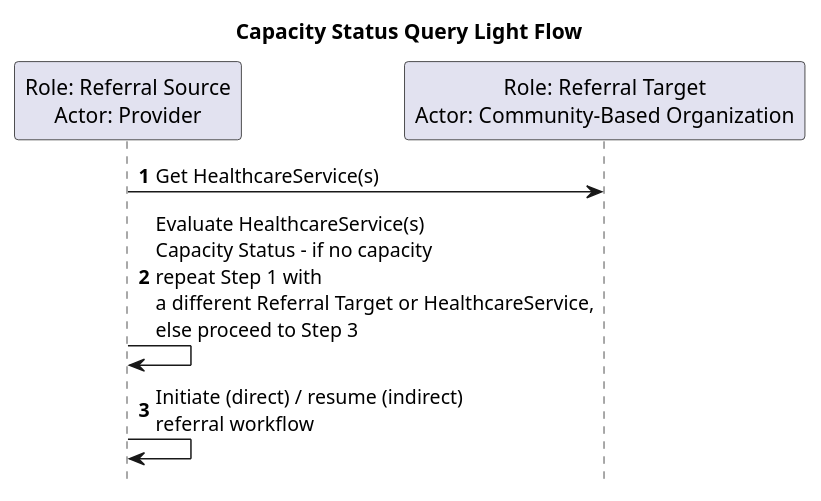
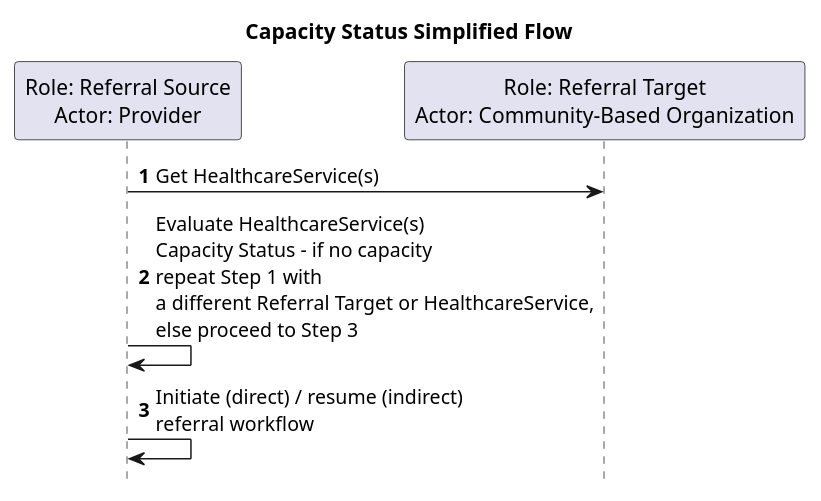
Before and after one commit to HL7/fhir-sdoh-clinicalcare: the diagram in input/images-source/CapacityStatusSimplified.plantuml, drawn with PlantUML. The commit also changed 1 other file, not shown here.

Commit message:
docs(FHIR-55259): explain capacity status in the workflow diagrams
A ballot commenter could not tell that the diagrams' "Get
HealthcareService(s)" step is the capacity status query, nor how the
indirect flow's Task/ServiceRequest/Subscription interactions end up
conveying capacity status. Each of the page's four diagrams now gets
placement prose: the simplified diagram is tied to the direct
one-to-one query (the numbered steps describe the indirect flow), the
detailed pre-referral prose walks the "Capacity Check (pre-referral)"
frame and how the outcome reaches the Referral Source via Task status,
the post-referral prose notes capacity is conveyed entirely through
the Task, and the Query Light prose explains the out-of-band "Send
email" request. A short addendum covers the waitlist and
additional-assessment-required outcomes step 4 does not narrate.

Replaces the stale "orange highlighted section" sentence (the rebuilt
diagram has no orange highlighting) and fixes the simplified diagram's
title, which was a copy of the Query Light diagram's.

QA unchanged vs master baseline (1/10/90/0; the error is known tx
cache noise).

```diff
--- a/input/images-source/CapacityStatusSimplified.plantuml
+++ b/input/images-source/CapacityStatusSimplified.plantuml
@@ -1,13 +1,13 @@
 @startuml
 /'!theme bluegray'/
-title Capacity Status Query Light Flow
+title Capacity Status Simplified Flow
 
 participant "Role: Referral Source\nActor: Provider" as A
 participant "Role: Referral Target\nActor: Community-Based Organization" as B
 
 autonumber
 A -> B : Get HealthcareService(s)
 A -> A : Evaluate HealthcareService(s)\nCapacity Status - if no capacity\nrepeat Step 1 with\na different Referral Target or HealthcareService,\nelse proceed to Step 3
 A -> A : Initiate (direct) / resume (indirect)\nreferral workflow
 hide footbox
 @enduml
```
